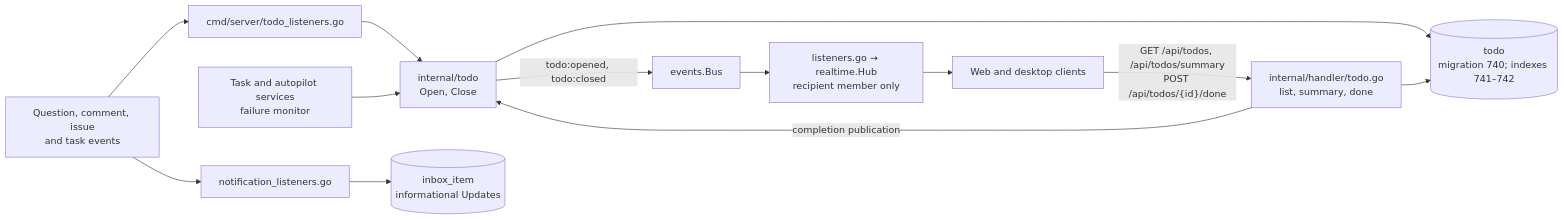
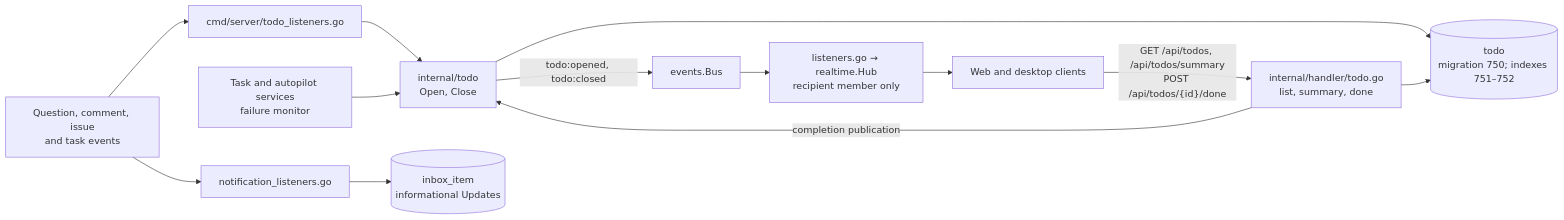
The ninth of 9 diagrams in specs/docs/system-design.md (appboypov/multica), drawn with Mermaid before and after one commit. The commit also changed other lines of this file and 15 other files, not shown here.

````diff
--- a/specs/docs/system-design.md
+++ b/specs/docs/system-design.md
@@ -942,24 +942,24 @@
 ```mermaid
 flowchart LR
   events["Question, comment, issue<br/>and task events"]
   listeners["cmd/server/todo_listeners.go"]
   producers["Task and autopilot services<br/>failure monitor"]
   service["internal/todo<br/>Open, Close"]
-  rows[("todo<br/>migration 740; indexes 741–742")]
+  rows[("todo<br/>migration 750; indexes 751–752")]
   api["internal/handler/todo.go<br/>list, summary, done"]
   bus["events.Bus"]
   realtime["listeners.go → realtime.Hub<br/>recipient member only"]
   clients["Web and desktop clients"]
   updates[("inbox_item<br/>informational Updates")]
   notices["notification_listeners.go"]
 
   events --> listeners --> service
   producers --> service
   service --> rows
   service -->|"todo:opened, todo:closed"| bus
   bus --> realtime --> clients
   clients -->|"GET /api/todos, /api/todos/summary<br/>POST /api/todos/{id}/done"| api
   api --> rows
   api -->|"completion publication"| service
   events --> notices --> updates
 ```
````
